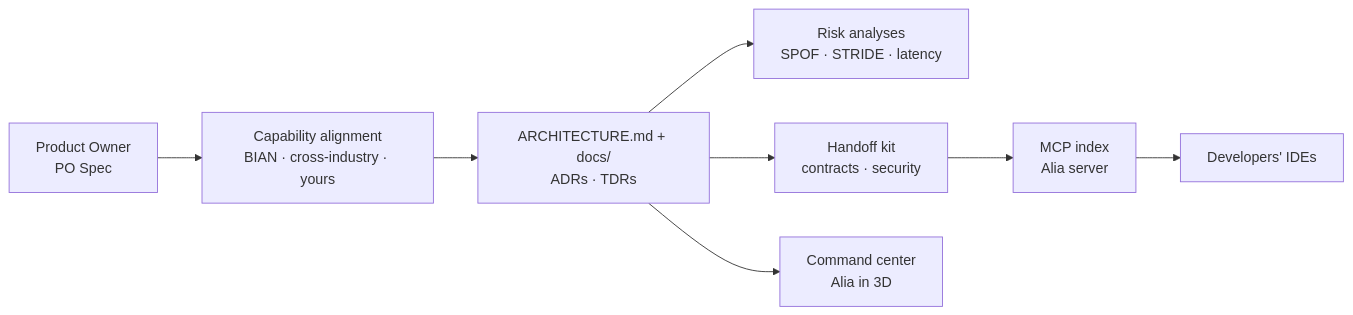
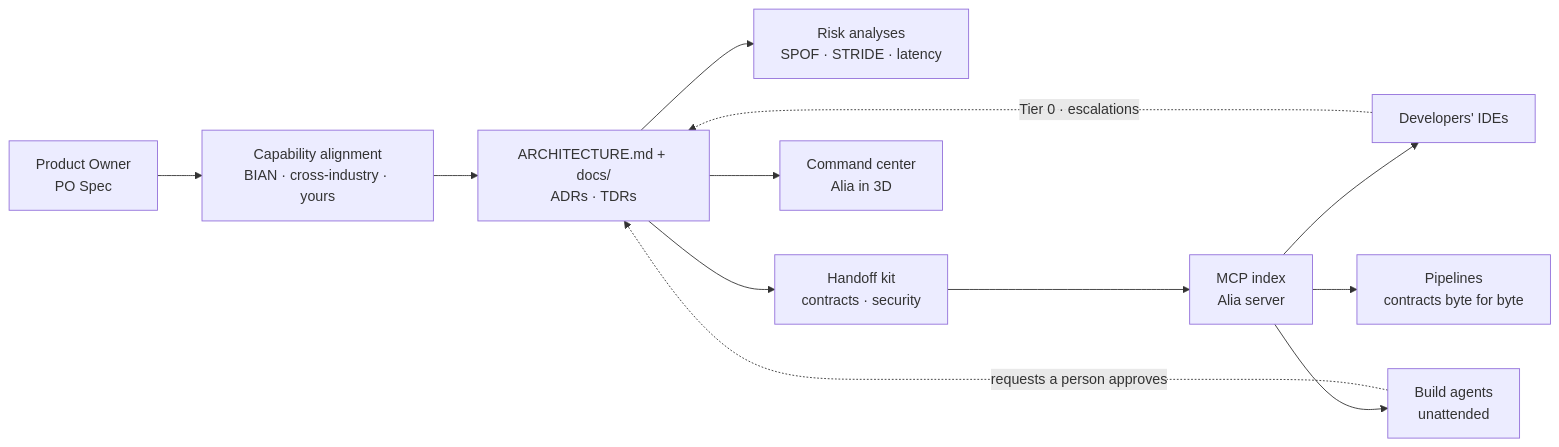
Before and after one commit to shadowX4fox/solutions-architect-skills: the diagram in README.md, drawn with Mermaid. The commit also changed other lines of this file and 4 other files, not shown here.

First line of the commit message:
docs: the automatic mode in What you get — the CI pipeline, unattended build agents and RUN teams across README, ALIA, WORKFLOW_GUIDE and the indexes

````diff
--- a/README.md
+++ b/README.md
@@ -66,10 +68,14 @@
 ```mermaid
 flowchart LR
   PO["Product Owner<br/>PO Spec"] --> CAP["Capability alignment<br/>BIAN · cross-industry · yours"]
   CAP --> ARCH["ARCHITECTURE.md + docs/<br/>ADRs · TDRs"]
   ARCH --> ANA["Risk analyses<br/>SPOF · STRIDE · latency"]
   ARCH --> KIT["Handoff kit<br/>contracts · security"]
   ARCH --> CC["Command center<br/>Alia in 3D"]
   KIT --> IDX["MCP index<br/>Alia server"]
   IDX --> IDE["Developers' IDEs"]
+  IDX --> AGT["Build agents<br/>unattended"]
+  IDX --> PIPE["Pipelines<br/>contracts byte for byte"]
+  IDE -. "Tier 0 · escalations" .-> ARCH
+  AGT -. "requests a person approves" .-> ARCH
 ```
````
